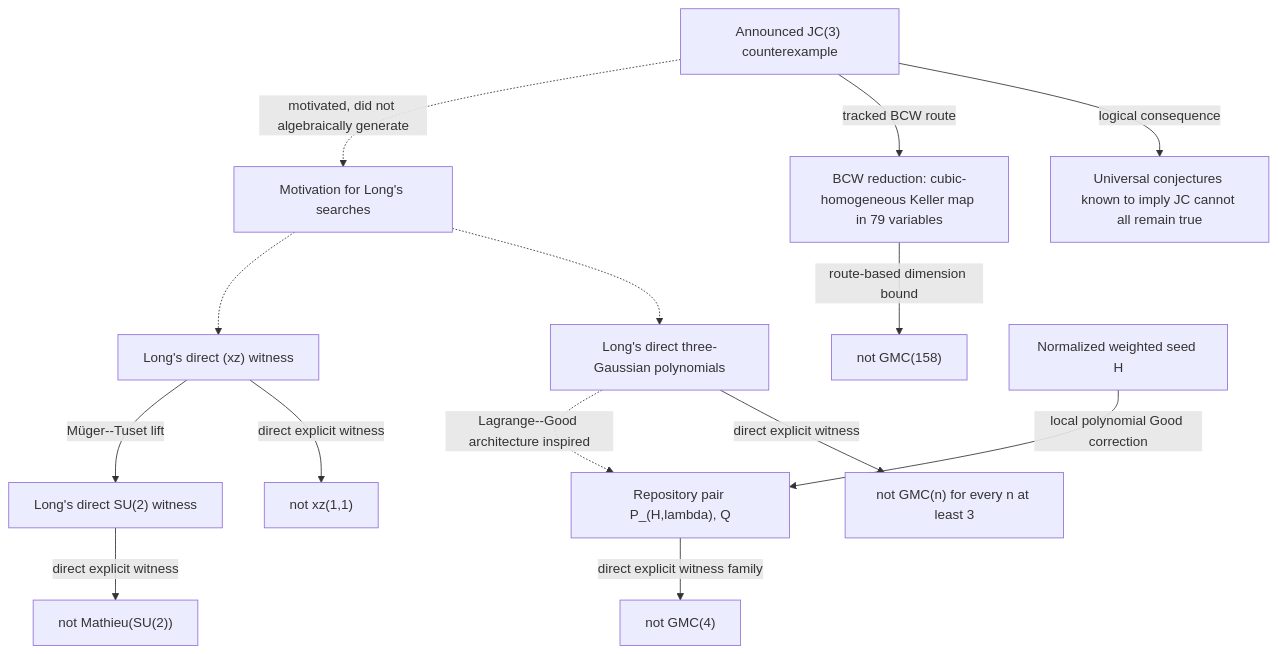
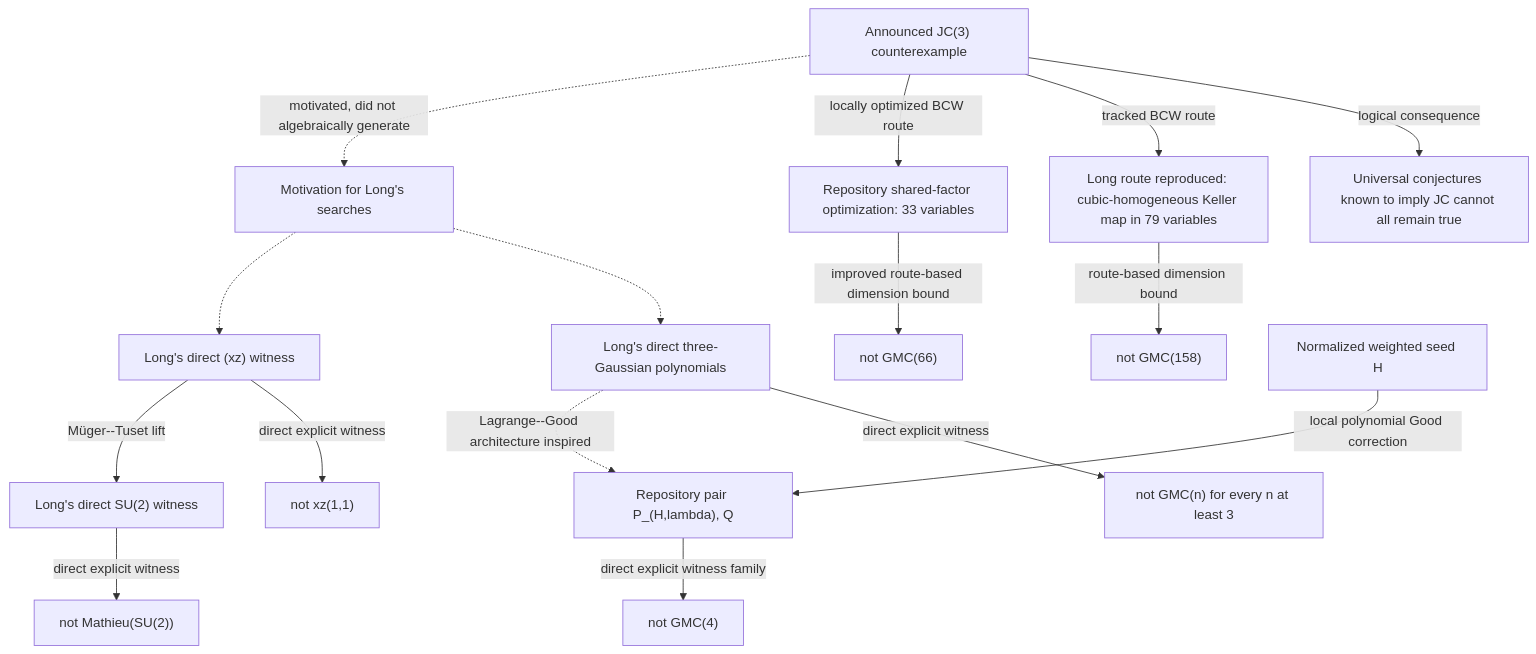
The diagram in extended-geometry/EXTERNAL_CONSEQUENCES_AND_PROVENANCE.md (royvanrijn/jacobian-research), drawn with Mermaid before and after one commit. The commit also changed other lines of this file and 19 other files, not shown here.

````diff
--- a/extended-geometry/EXTERNAL_CONSEQUENCES_AND_PROVENANCE.md
+++ b/extended-geometry/EXTERNAL_CONSEQUENCES_AND_PROVENANCE.md
@@ -21,31 +21,35 @@
 ```mermaid
 flowchart TD
     J["Announced JC(3) counterexample"]
     U["Universal conjectures known to imply JC cannot all remain true"]
-    B["BCW reduction: cubic-homogeneous Keller map in 79 variables"]
+    B["Long route reproduced: cubic-homogeneous Keller map in 79 variables"]
     R["not GMC(158)"]
+    BO["Repository shared-factor optimization: 33 variables"]
+    RO["not GMC(66)"]
     M["Motivation for Long's searches"]
     GP["Long's direct three-Gaussian polynomials"]
     G["not GMC(n) for every n at least 3"]
     XP["Long's direct (xz) witness"]
     X["not xz(1,1)"]
     SP["Long's direct SU(2) witness"]
     S["not Mathieu(SU(2))"]
     WH["Normalized weighted seed H"]
     WP["Repository pair P_(H,lambda), Q"]
     WG["not GMC(4)"]
 
     J -->|"logical consequence"| U
     J -->|"tracked BCW route"| B
     B -->|"route-based dimension bound"| R
+    J -->|"locally optimized BCW route"| BO
+    BO -->|"improved route-based dimension bound"| RO
     J -.->|"motivated, did not algebraically generate"| M
     M -.-> GP
     M -.-> XP
     GP -->|"direct explicit witness"| G
     XP -->|"direct explicit witness"| X
     SP -->|"direct explicit witness"| S
     XP -->|"Müger--Tuset lift"| SP
     WH -->|"local polynomial Good correction"| WP
     WP -->|"direct explicit witness family"| WG
     GP -.->|"Lagrange--Good architecture inspired"| WP
 ```
````
